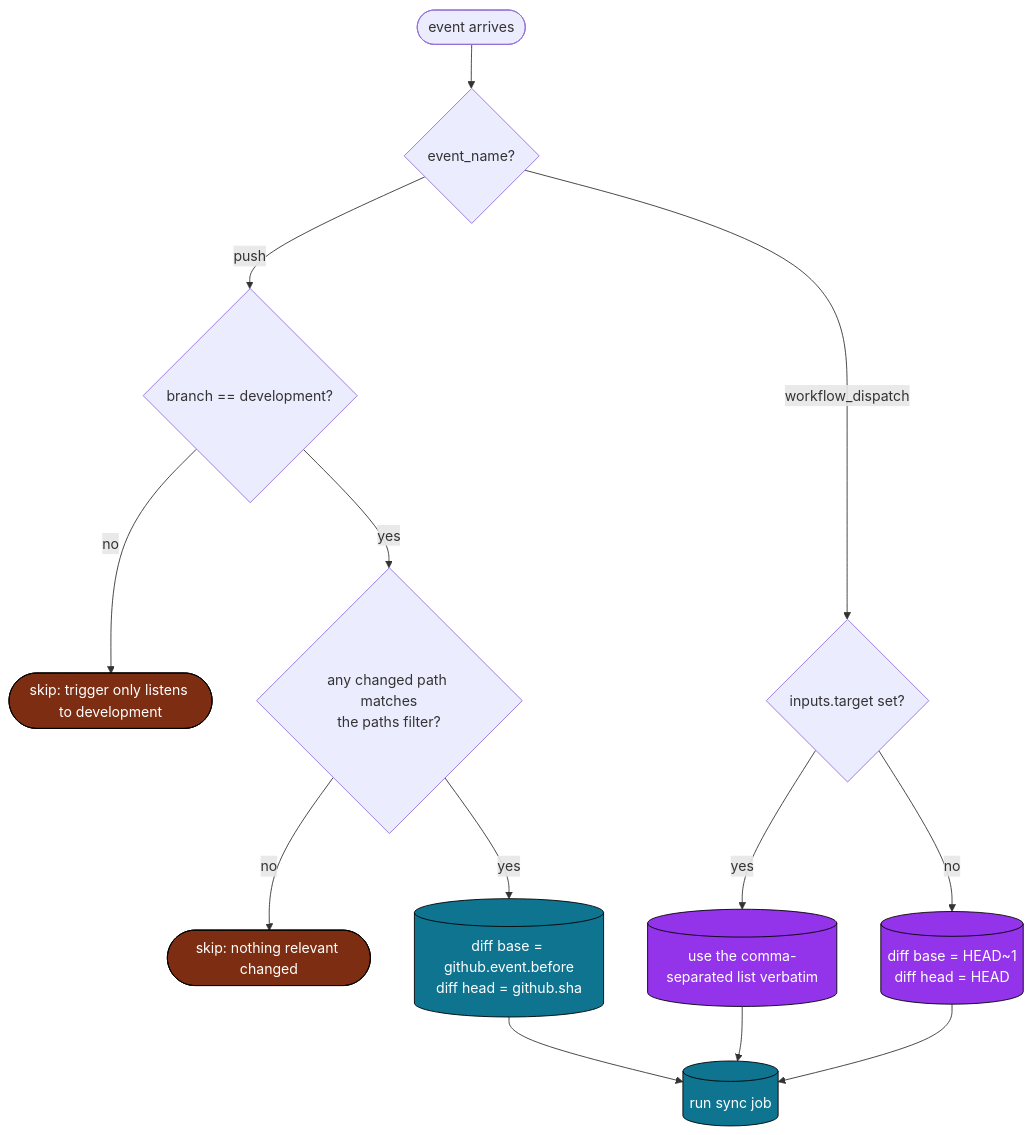
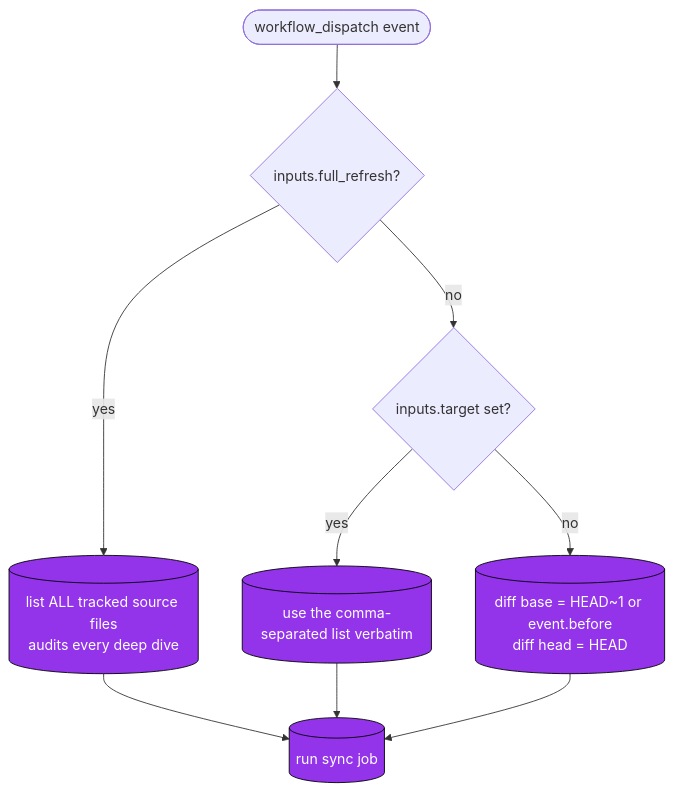
The second of 16 diagrams in .github/docs/DOCS_SYNC_DEEP_DIVE.md (gregreindel/llm-exe), drawn with Mermaid before and after one commit. The commit also changed other lines of this file and 4 other files, not shown here.

Commit message:
docs: sync deep dives after agent-review-pr and docs-sync workflow changes

````diff
--- a/.github/docs/DOCS_SYNC_DEEP_DIVE.md
+++ b/.github/docs/DOCS_SYNC_DEEP_DIVE.md
@@ -107,23 +102,18 @@
 ```mermaid
 flowchart TB
-    classDef push fill:#0e7490,color:#fff,stroke:#000
     classDef manual fill:#9333ea,color:#fff,stroke:#000
     classDef skip fill:#7c2d12,color:#fff,stroke:#000
 
-    start([event arrives])
-    start --> ev{event_name?}
+    start([workflow_dispatch event])
+    start --> fr{inputs.full_refresh?}
 
-    ev -->|push| pb{branch == development?}
-    pb -->|no| sk1([skip: trigger only listens to development]):::skip
-    pb -->|yes| pp{any changed path matches\nthe paths filter?}
-    pp -->|no| sk2([skip: nothing relevant changed]):::skip
-    pp -->|yes| run1[(diff base = github.event.before\ndiff head = github.sha)]:::push
+    fr -->|yes| run1[(list ALL tracked source files\naudits every deep dive)]:::manual
 
-    ev -->|workflow_dispatch| ti{inputs.target set?}
+    fr -->|no| ti{inputs.target set?}
     ti -->|yes| run2[(use the comma-separated list verbatim)]:::manual
-    ti -->|no| run3[(diff base = HEAD~1\ndiff head = HEAD)]:::manual
+    ti -->|no| run3[(diff base = HEAD~1 or event.before\ndiff head = HEAD)]:::manual
 
-    run1 --> proceed[(run sync job)]:::push
+    run1 --> proceed[(run sync job)]:::manual
     run2 --> proceed
     run3 --> proceed
 ```
````
